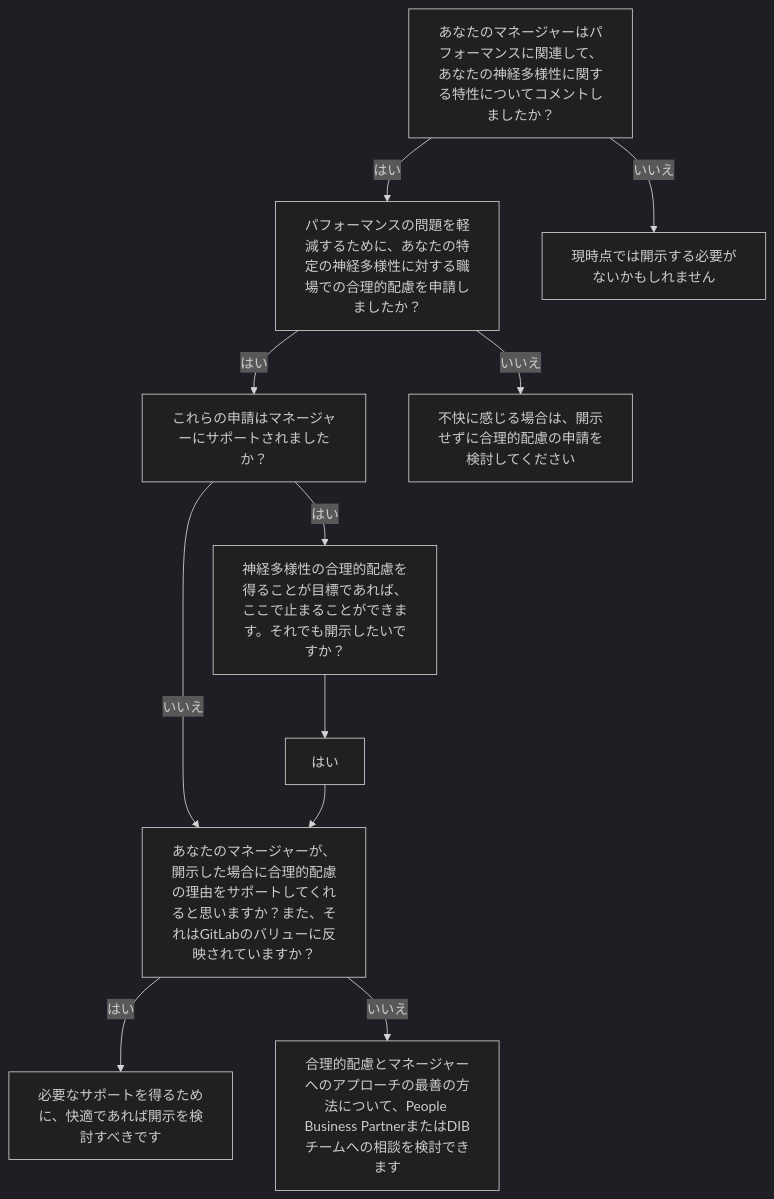
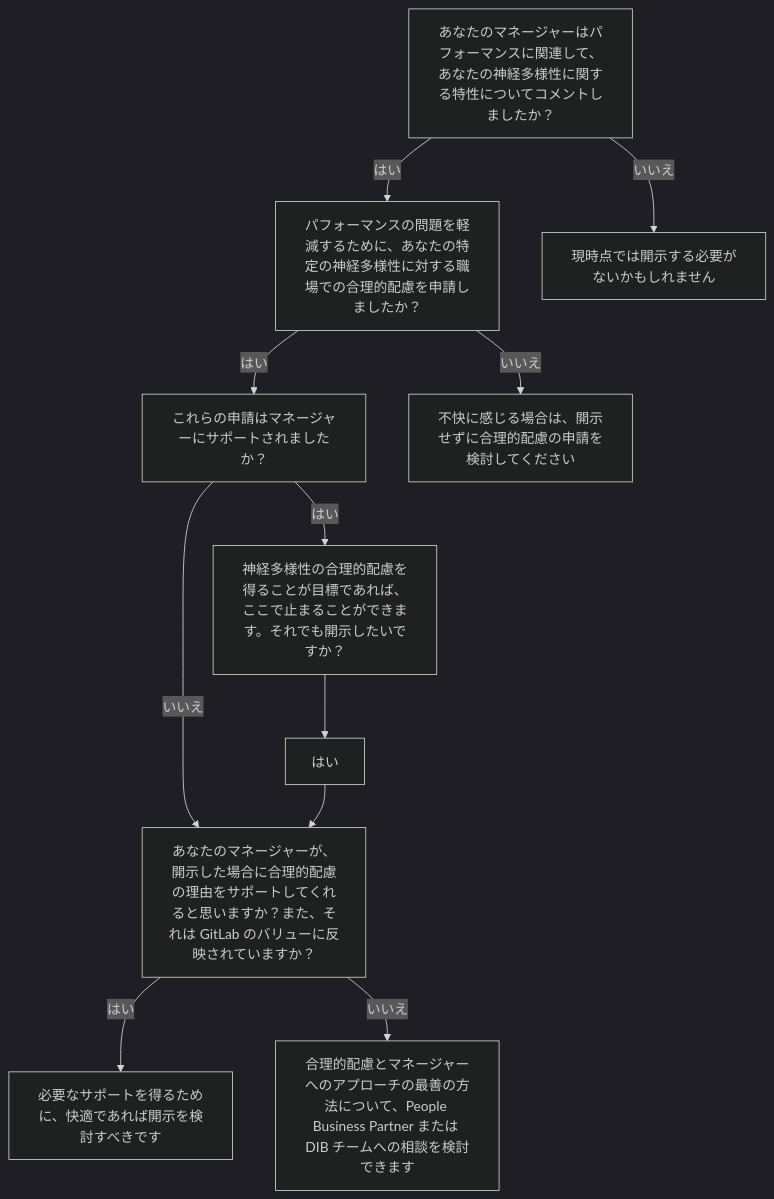
Before and after one commit to kyama0/gitlab-handbook-ja: the diagram in content/handbook/company/culture/inclusion/neurodiversity-and-neuroinclusion/neurodiversity-resources.md, drawn with Mermaid (dark theme). The commit also changed other lines of this file and 45 other files, not shown here.

````diff
--- a/content/handbook/company/culture/inclusion/neurodiversity-and-neuroinclusion/neurodiversity-resources.md
+++ b/content/handbook/company/culture/inclusion/neurodiversity-and-neuroinclusion/neurodiversity-resources.md
@@ -61,14 +61,14 @@
 ```mermaid
 graph TD
 A[あなたのマネージャーはパフォーマンスに関連して、あなたの神経多様性に関する特性についてコメントしましたか？]
 A-->|はい| B[パフォーマンスの問題を軽減するために、あなたの特定の神経多様性に対する職場での合理的配慮を申請しましたか？]
 A-->|いいえ| C[現時点では開示する必要がないかもしれません]
 B-->|はい| D[これらの申請はマネージャーにサポートされましたか？]
 B-->|いいえ| E[不快に感じる場合は、開示せずに合理的配慮の申請を検討してください]
 D-->|はい| F[神経多様性の合理的配慮を得ることが目標であれば、ここで止まることができます。それでも開示したいですか？]
-D-->|いいえ| G[あなたのマネージャーが、開示した場合に合理的配慮の理由をサポートしてくれると思いますか？また、それはGitLabのバリューに反映されていますか？]
+D-->|いいえ| G[あなたのマネージャーが、開示した場合に合理的配慮の理由をサポートしてくれると思いますか？また、それは GitLab のバリューに反映されていますか？]
 F--> H[はい]
 H-->
 G--> |はい| J[必要なサポートを得るために、快適であれば開示を検討すべきです]
-G--> |いいえ| K[合理的配慮とマネージャーへのアプローチの最善の方法について、People Business PartnerまたはDIBチームへの相談を検討できます]
+G--> |いいえ| K[合理的配慮とマネージャーへのアプローチの最善の方法について、People Business Partner または DIB チームへの相談を検討できます]
 ```
````
